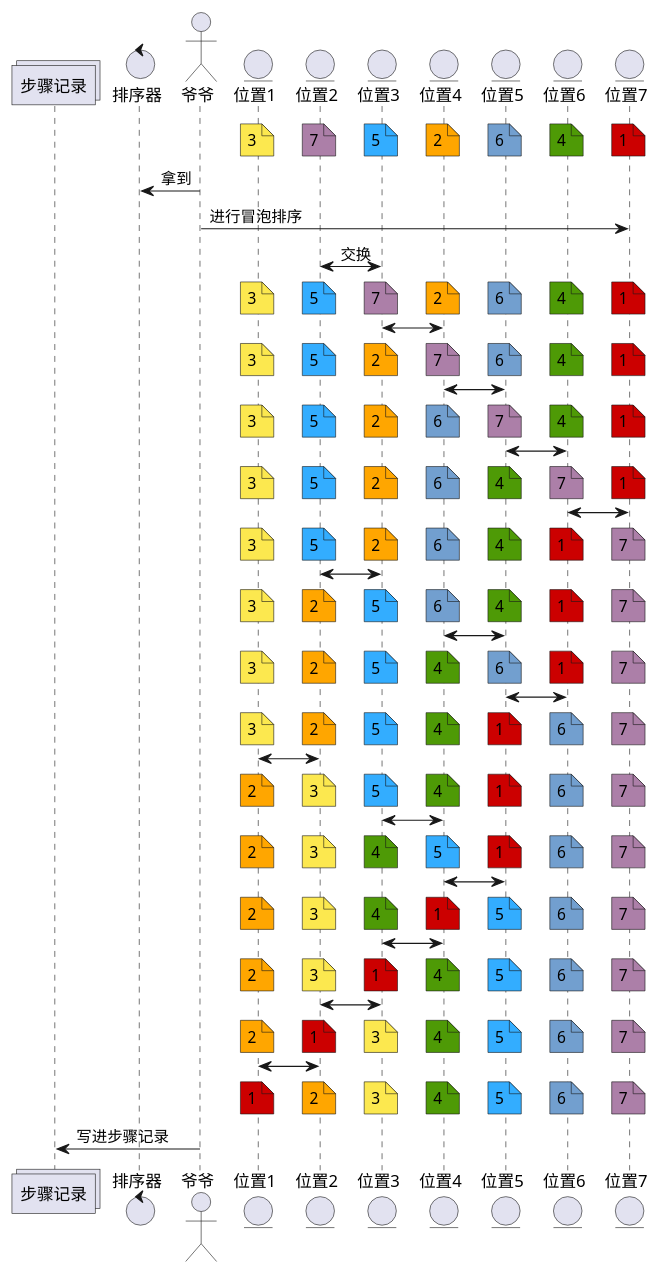
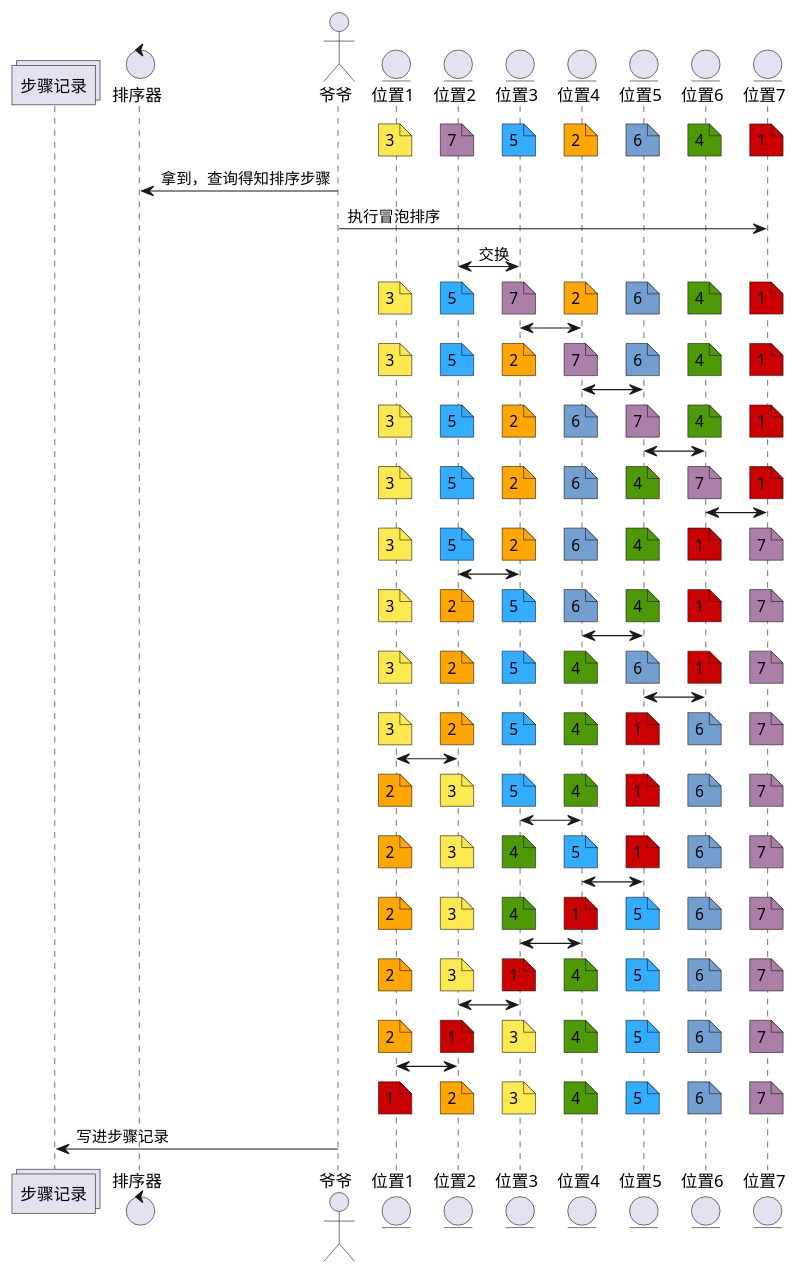
One commit to jwork-2021-attic/jw02-stfklav changed the diagram in 191220091/uml/timeline_1.pu. Above: the diagram before and after it, drawn with PlantUML. The commit also changed 1 other file, not shown here.

```diff
--- a/191220091/uml/timeline_1.pu
+++ b/191220091/uml/timeline_1.pu
@@ -1,167 +1,167 @@
 @startuml exampleTimeline
 
 collections 步骤记录 as result 
 control     排序器 as sorter
 actor       爷爷   as greeze
 entity      位置1  as position_1
 entity      位置2  as position_2
 entity      位置3  as position_3
 entity      位置4  as position_4
 entity      位置5  as position_5
 entity      位置6  as position_6
 entity      位置7  as position_7
 
 note over position_1 #fce84f:3
 /note over position_2 #ac7fa8:7
 /note over position_3 #33adff:5
 /note over position_4 #ffa600:2
 /note over position_5 #729fcf:6
 /note over position_6 #4e9a06:4
 /note over position_7 #cc0000:1
 
-sorter <- greeze:拿到
-greeze -> position_7:进行冒泡排序
+sorter <- greeze:拿到，查询得知排序步骤
+greeze -> position_7:执行冒泡排序
 
 position_2 <-> position_3:交换
 
 note over position_1 #fce84f:3
 /note over position_2 #33adff:5
 /note over position_3 #ac7fa8:7
 /note over position_4 #ffa600:2
 /note over position_5 #729fcf:6
 /note over position_6 #4e9a06:4
 /note over position_7 #cc0000:1
 
 position_4 <-> position_3
 
 note over position_1 #fce84f:3
 /note over position_2 #33adff:5
 /note over position_3 #ffa600:2
 /note over position_4 #ac7fa8:7
 /note over position_5 #729fcf:6
 /note over position_6 #4e9a06:4
 /note over position_7 #cc0000:1
 
 position_4 <-> position_5
 
 note over position_1 #fce84f:3
 /note over position_2 #33adff:5
 /note over position_3 #ffa600:2
 /note over position_4 #729fcf:6
 /note over position_5 #ac7fa8:7
 /note over position_6 #4e9a06:4
 /note over position_7 #cc0000:1
 
 position_5 <-> position_6
 
 note over position_1 #fce84f:3
 /note over position_2 #33adff:5
 /note over position_3 #ffa600:2
 /note over position_4 #729fcf:6
 /note over position_5 #4e9a06:4
 /note over position_6 #ac7fa8:7
 /note over position_7 #cc0000:1
 
 position_7 <-> position_6
 
 note over position_1 #fce84f:3
 /note over position_2 #33adff:5
 /note over position_3 #ffa600:2
 /note over position_4 #729fcf:6
 /note over position_5 #4e9a06:4
 /note over position_6 #cc0000:1
 /note over position_7 #ac7fa8:7
 
 position_2 <-> position_3
 
 note over position_1 #fce84f:3
 /note over position_2 #ffa600:2
 /note over position_3 #33adff:5
 /note over position_4 #729fcf:6
 /note over position_5 #4e9a06:4
 /note over position_6 #cc0000:1
 /note over position_7 #ac7fa8:7
 
 position_4 <-> position_5
 
 note over position_1 #fce84f:3
 /note over position_2 #ffa600:2
 /note over position_3 #33adff:5
 /note over position_4 #4e9a06:4
 /note over position_5 #729fcf:6
 /note over position_6 #cc0000:1
 /note over position_7 #ac7fa8:7
 
 position_6 <-> position_5
 
 note over position_1 #fce84f:3
 /note over position_2 #ffa600:2
 /note over position_3 #33adff:5
 /note over position_4 #4e9a06:4
 /note over position_5 #cc0000:1
 /note over position_6 #729fcf:6
 /note over position_7 #ac7fa8:7
 
 position_1 <-> position_2
 
 note over position_1 #ffa600:2
 /note over position_2 #fce84f:3
 /note over position_3 #33adff:5
 /note over position_4 #4e9a06:4
 /note over position_5 #cc0000:1
 /note over position_6 #729fcf:6
 /note over position_7 #ac7fa8:7
 
 position_3 <-> position_4
 
 note over position_1 #ffa600:2
 /note over position_2 #fce84f:3
 /note over position_3 #4e9a06:4
 /note over position_4 #33adff:5
 /note over position_5 #cc0000:1
 /note over position_6 #729fcf:6
 /note over position_7 #ac7fa8:7
 
 position_5 <-> position_4
 
 note over position_1 #ffa600:2
 /note over position_2 #fce84f:3
 /note over position_3 #4e9a06:4
 /note over position_4 #cc0000:1
 /note over position_5 #33adff:5
 /note over position_6 #729fcf:6
 /note over position_7 #ac7fa8:7
 
 position_3 <-> position_4
 
 note over position_1 #ffa600:2
 /note over position_2 #fce84f:3
 /note over position_3 #cc0000:1
 /note over position_4 #4e9a06:4
 /note over position_5 #33adff:5
 /note over position_6 #729fcf:6
 /note over position_7 #ac7fa8:7
 
 position_3 <-> position_2
 
 note over position_1 #ffa600:2
 /note over position_2 #cc0000:1
 /note over position_3 #fce84f:3
 /note over position_4 #4e9a06:4
 /note over position_5 #33adff:5
 /note over position_6 #729fcf:6
 /note over position_7 #ac7fa8:7
 
 position_1 <-> position_2
 
 note over position_1 #cc0000:1
 /note over position_2 #ffa600:2
 /note over position_3 #fce84f:3
 /note over position_4 #4e9a06:4
 /note over position_5 #33adff:5
 /note over position_6 #729fcf:6
 /note over position_7 #ac7fa8:7
 
 greeze -> result: 写进步骤记录
 
 @enduml
```
